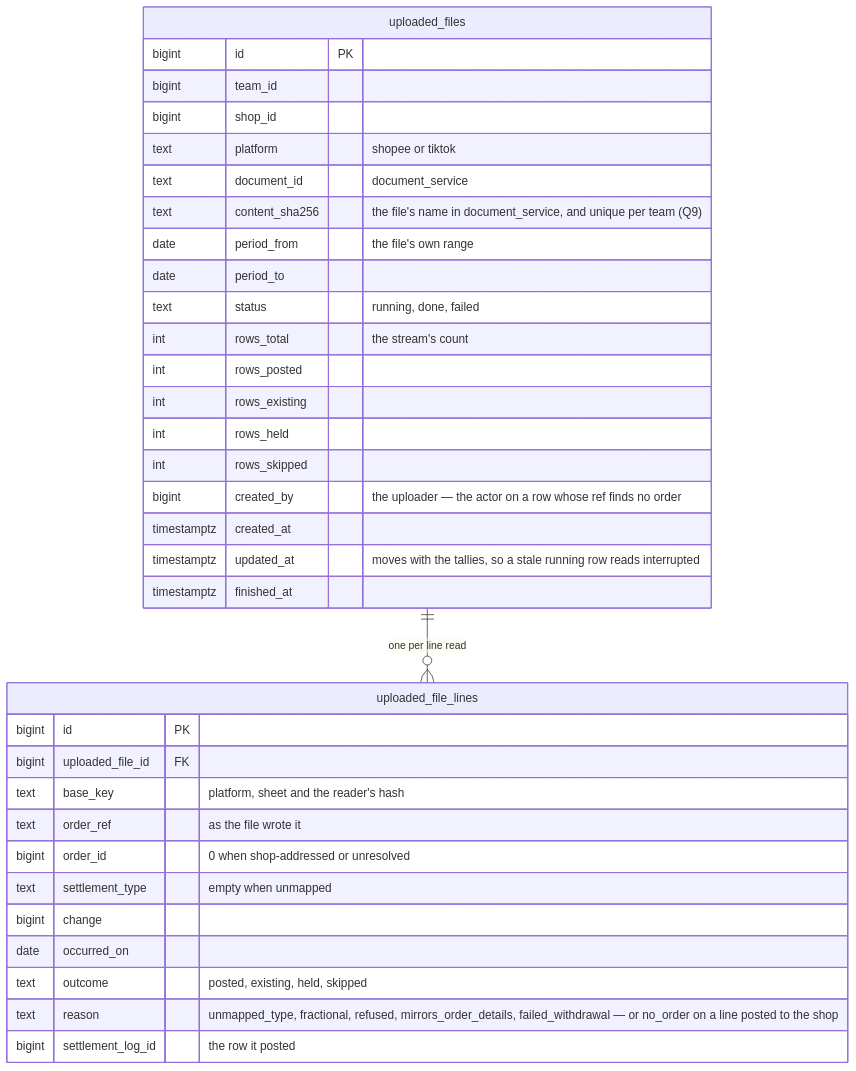
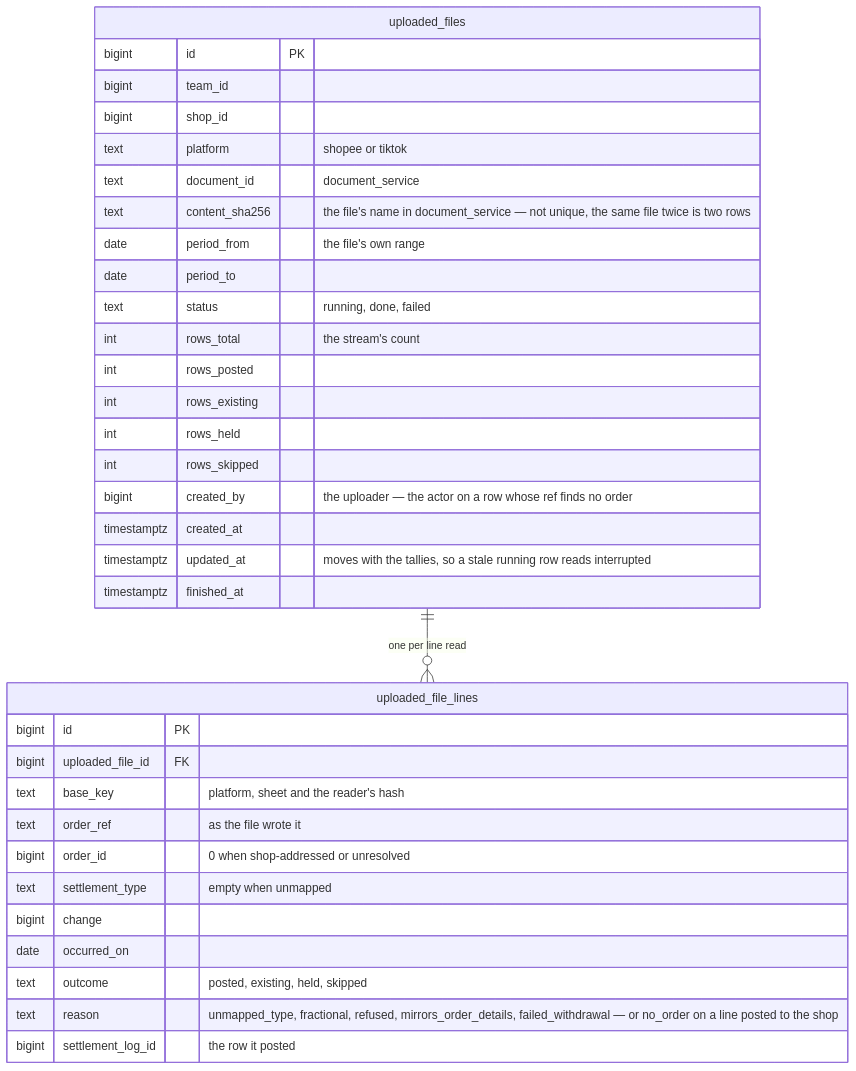
The fifth of 10 diagrams in docs/business/settlement/settlement_importer_clarify.md (pdcgo/warehouse_revamp), drawn with Mermaid before and after one commit. The commit also changed other lines of this file and 5 other files, not shown here.

````diff
--- a/docs/business/settlement/settlement_importer_clarify.md
+++ b/docs/business/settlement/settlement_importer_clarify.md
@@ -213,37 +217,37 @@
 ```mermaid
 erDiagram
   uploaded_files ||--o{ uploaded_file_lines : "one per line read"
   uploaded_files {
     bigint id PK
     bigint team_id
     bigint shop_id
     text platform "shopee or tiktok"
     text document_id "document_service"
-    text content_sha256 "the file's name in document_service, and unique per team (Q9)"
+    text content_sha256 "the file's name in document_service — not unique, the same file twice is two rows"
     date period_from "the file's own range"
     date period_to
     text status "running, done, failed"
     int rows_total "the stream's count"
     int rows_posted
     int rows_existing
     int rows_held
     int rows_skipped
     bigint created_by "the uploader — the actor on a row whose ref finds no order"
     timestamptz created_at
     timestamptz updated_at "moves with the tallies, so a stale running row reads interrupted"
     timestamptz finished_at
   }
   uploaded_file_lines {
     bigint id PK
     bigint uploaded_file_id FK
     text base_key "platform, sheet and the reader's hash"
     text order_ref "as the file wrote it"
     bigint order_id "0 when shop-addressed or unresolved"
     text settlement_type "empty when unmapped"
     bigint change
     date occurred_on
     text outcome "posted, existing, held, skipped"
     text reason "unmapped_type, fractional, refused, mirrors_order_details, failed_withdrawal — or no_order on a line posted to the shop"
     bigint settlement_log_id "the row it posted"
   }
 ```
````
